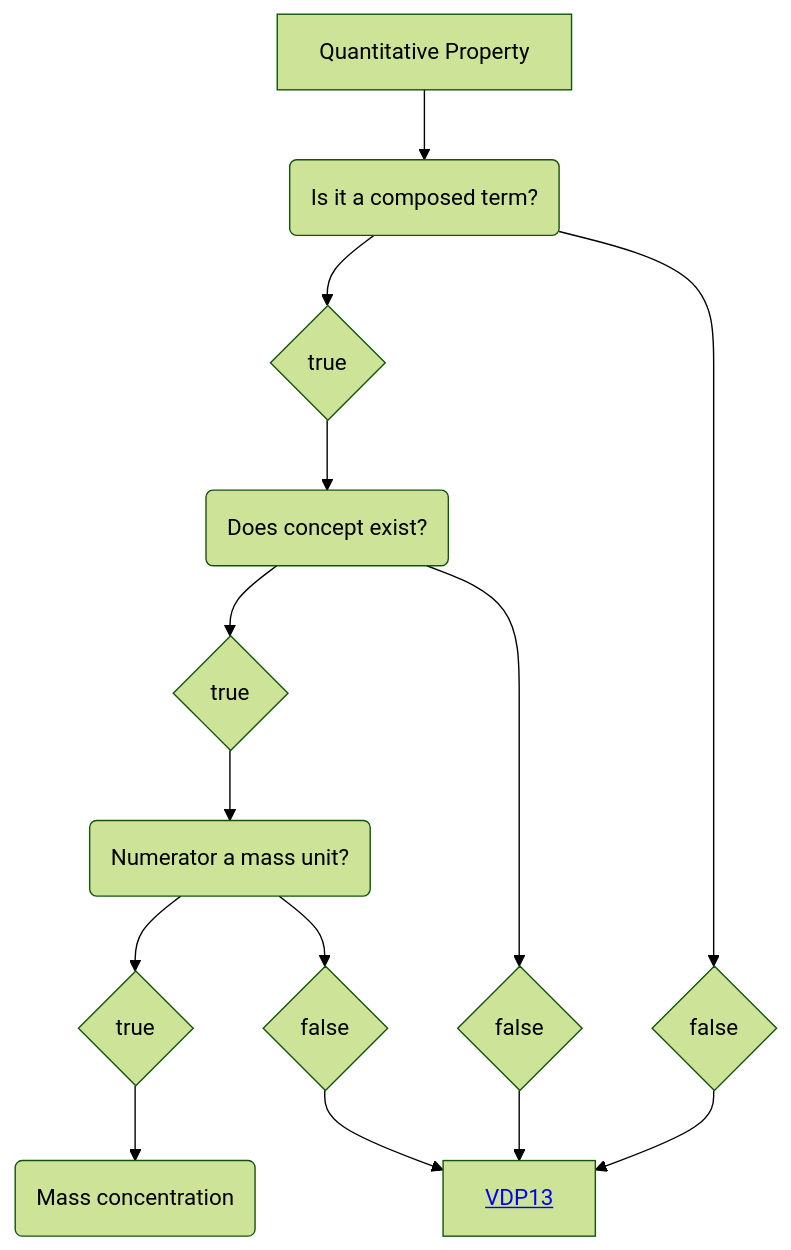
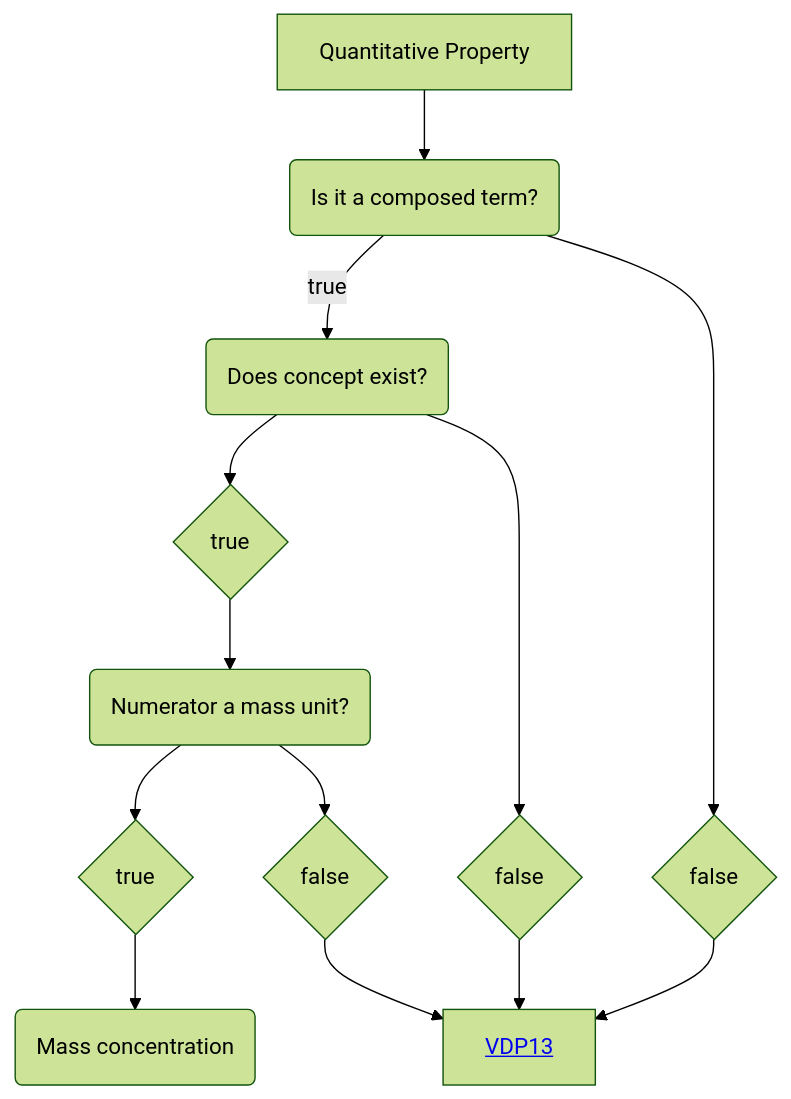
The diagram in Decisition_trees/DT1.mmd (mabablue/I-ADOPT-patterns-playground), drawn with Mermaid (forest theme) before and after one commit.

```diff
--- a/Decisition_trees/DT1.mmd
+++ b/Decisition_trees/DT1.mmd
@@ -1,14 +1,13 @@
 flowchart TD
     A[Quantitative Property] --> B(Is it a composed term?)
-    B --> C{true}
+    B --> |true|E(Does concept exist?)
     B --> D{false}
-    C --> E(Does concept exist?) 
     E --> F{true}
     E --> G{false}
     F --> H(Numerator a mass unit?)
     D --> I[<a href='https://github.com/mabablue/I-ADOPT-patterns-playground/blob/main/pattern/VDP13.yaml'>VDP13</a>]
     G --> I
     H --> L{true}
     L --> M(Mass concentration)
     H --> N{false}
     N --> I
```
